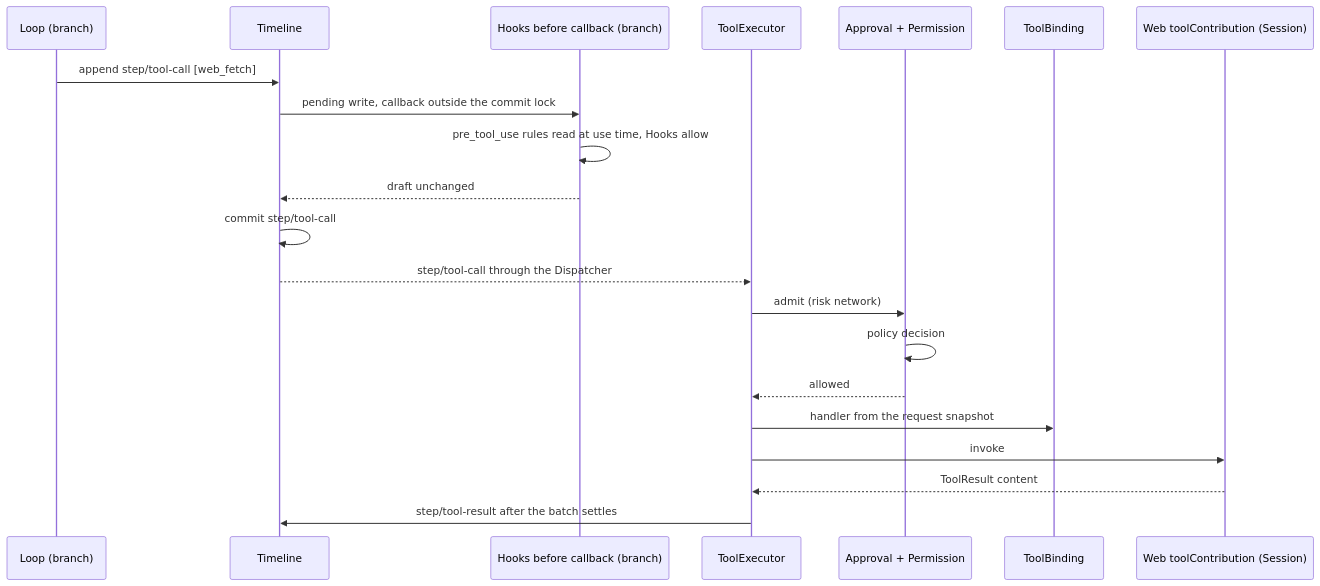
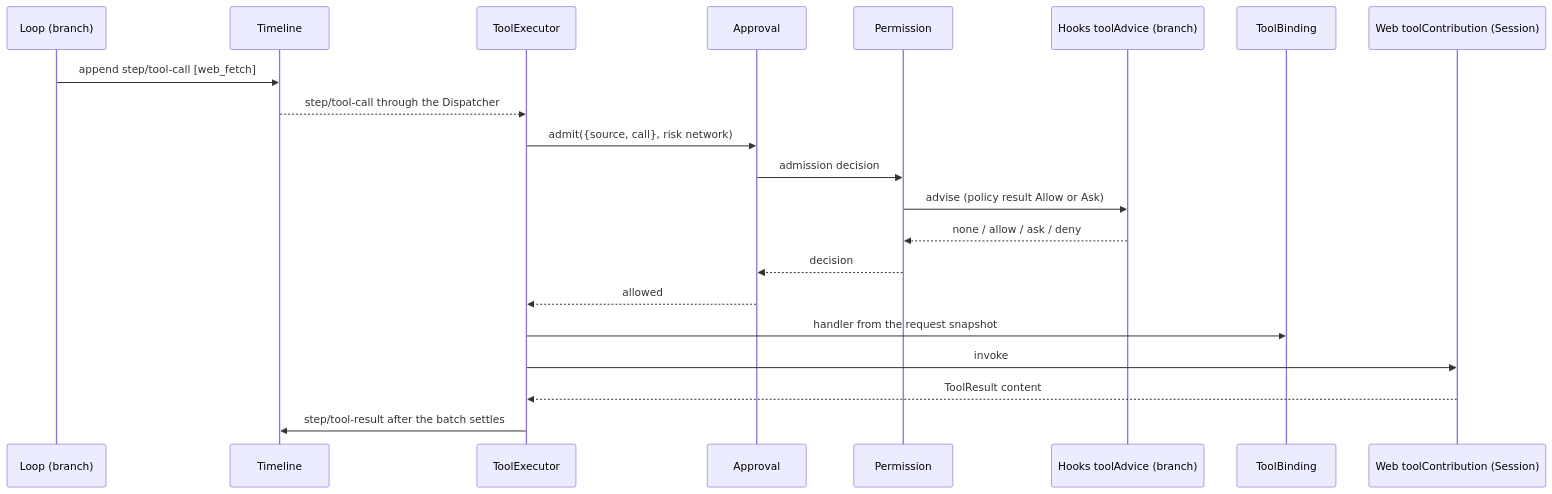
One commit to CoutinhoTTS/dim-agent changed the third of 8 diagrams in docs/design/overview.md. Above: the diagram before and after it, drawn with Mermaid. The commit also changed other lines of this file and 7 other files, not shown here.

````diff
--- a/docs/design/overview.md
+++ b/docs/design/overview.md
@@ -187,23 +185,23 @@
 ```mermaid
 sequenceDiagram
   participant LP as Loop (branch)
   participant TL as Timeline
-  participant HK as Hooks before callback (branch)
   participant TE as ToolExecutor
-  participant AP as Approval + Permission
+  participant AP as Approval
+  participant PM as Permission
+  participant HK as Hooks toolAdvice (branch)
   participant TB as ToolBinding
   participant W as Web toolContribution (Session)
   LP->>TL: append step/tool-call [web_fetch]
-  TL->>HK: pending write, callback outside the commit lock
-  HK->>HK: pre_tool_use rules read at use time, Hooks allow
-  HK-->>TL: draft unchanged
-  TL->>TL: commit step/tool-call
   TL-->>TE: step/tool-call through the Dispatcher
-  TE->>AP: admit (risk network)
-  AP->>AP: policy decision
+  TE->>AP: admit({source, call}, risk network)
+  AP->>PM: admission decision
+  PM->>HK: advise (policy result Allow or Ask)
+  HK-->>PM: none / allow / ask / deny
+  PM-->>AP: decision
   AP-->>TE: allowed
   TE->>TB: handler from the request snapshot
   TE->>W: invoke
   W-->>TE: ToolResult content
   TE->>TL: step/tool-result after the batch settles
 ```
````
